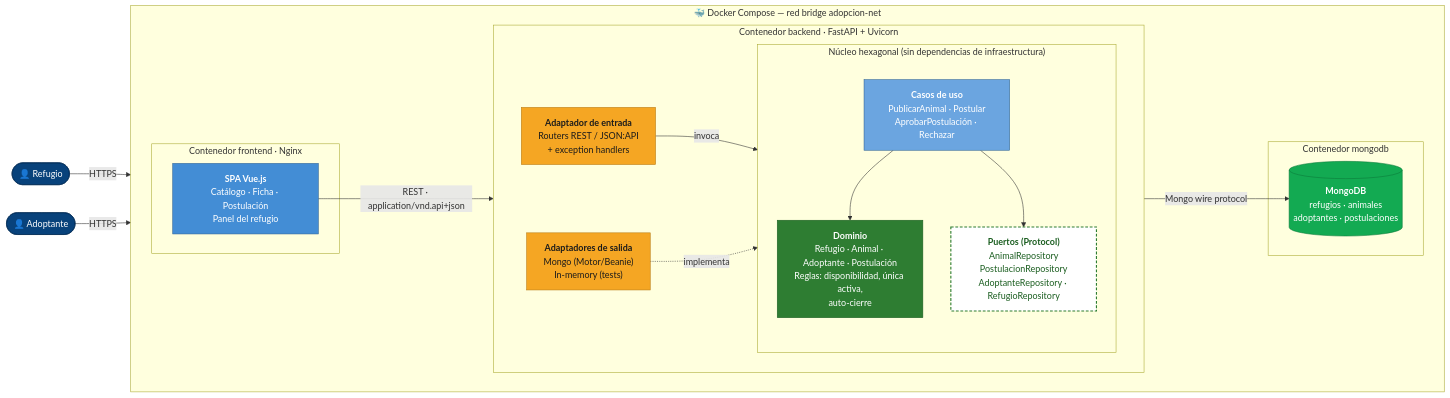
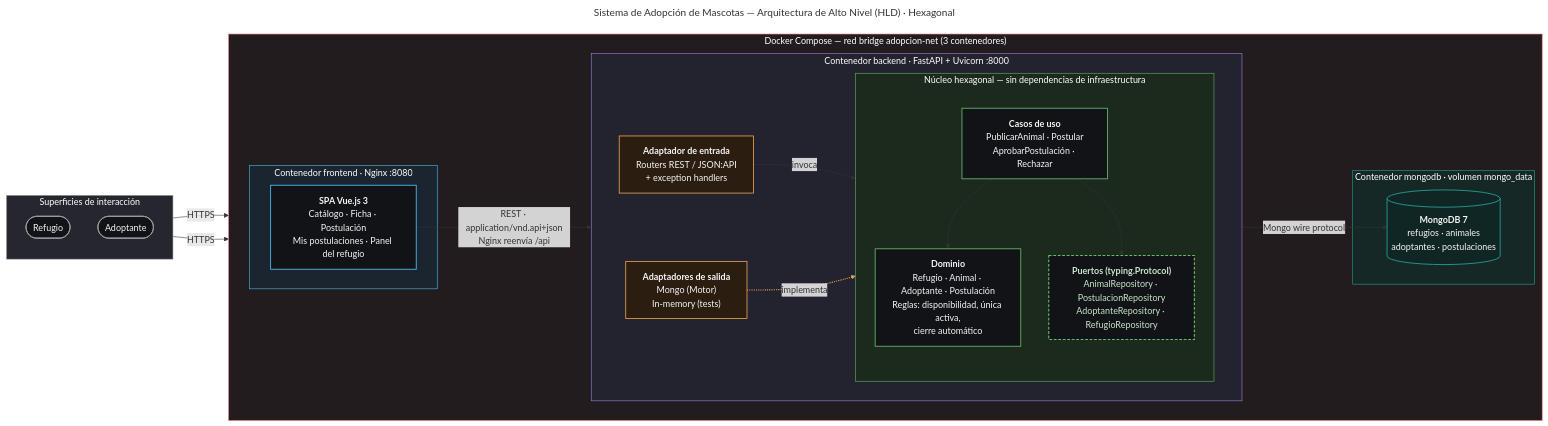
Before and after one commit to tomoxpy16/Taller-Stack-Tecnologico: the diagram in docs/diagramas/fuente/01-hld.mmd, drawn with Mermaid. The commit also changed 6 other files, not shown here.

Commit message:
docs: diagramas HLD y de componentes con el estilo visual del proyecto

```diff
--- a/docs/diagramas/fuente/01-hld.mmd
+++ b/docs/diagramas/fuente/01-hld.mmd
@@ -1,44 +1,56 @@
+---
+title: Sistema de Adopción de Mascotas — Arquitectura de Alto Nivel (HLD) · Hexagonal
+---
 flowchart LR
-  classDef person fill:#08427B,stroke:#052E56,color:#fff
-  classDef fe fill:#438DD5,stroke:#2E6295,color:#fff
-  classDef adapterIn fill:#F5A623,stroke:#B87A12,color:#1b1b1b
-  classDef app fill:#6BA5E0,stroke:#2E6295,color:#fff
-  classDef dom fill:#2E7D32,stroke:#1B5E20,color:#fff
-  classDef port fill:#ffffff,stroke:#2E7D32,color:#1B5E20,stroke-width:2px,stroke-dasharray:5 3
-  classDef adapterOut fill:#F5A623,stroke:#B87A12,color:#1b1b1b
-  classDef db fill:#13AA52,stroke:#0B7A3A,color:#fff
+  classDef actor fill:#111317,stroke:#9aa0a6,color:#f5f5f5,stroke-width:1.5px
+  classDef fe fill:#111317,stroke:#4fc3f7,color:#f5f5f5,stroke-width:1.5px
+  classDef adapter fill:#2b1d10,stroke:#e0a050,color:#f5f5f5,stroke-width:1.5px
+  classDef core fill:#111317,stroke:#66bb6a,color:#f5f5f5,stroke-width:1.5px
+  classDef port fill:#111317,stroke:#66bb6a,color:#c8e6c9,stroke-width:2px,stroke-dasharray:5 3
+  classDef db fill:#0f2624,stroke:#26a69a,color:#f5f5f5,stroke-width:1.5px
 
-  R(["👤 Refugio"]):::person
-  A(["👤 Adoptante"]):::person
+  subgraph USR["Superficies de interacción"]
+    direction TB
+    R(["Refugio"]):::actor
+    A(["Adoptante"]):::actor
+  end
 
-  subgraph DOCKER["🐳 Docker Compose — red bridge adopcion-net"]
+  subgraph DOCKER["Docker Compose — red bridge adopcion-net (3 contenedores)"]
     direction LR
-    subgraph FE["Contenedor frontend · Nginx"]
-      SPA["<b>SPA Vue.js</b><br/>Catálogo · Ficha · Postulación<br/>Panel del refugio"]:::fe
+    subgraph FE["Contenedor frontend · Nginx :8080"]
+      SPA["<b>SPA Vue.js 3</b><br/>Catálogo · Ficha · Postulación<br/>Mis postulaciones · Panel del refugio"]:::fe
     end
 
-    subgraph BE["Contenedor backend · FastAPI + Uvicorn"]
+    subgraph BE["Contenedor backend · FastAPI + Uvicorn :8000"]
       direction LR
-      IN["<b>Adaptador de entrada</b><br/>Routers REST / JSON:API<br/>+ exception handlers"]:::adapterIn
-      subgraph HEX["Núcleo hexagonal (sin dependencias de infraestructura)"]
+      IN["<b>Adaptador de entrada</b><br/>Routers REST / JSON:API<br/>+ exception handlers"]:::adapter
+      subgraph HEX["Núcleo hexagonal — sin dependencias de infraestructura"]
         direction TB
-        UC["<b>Casos de uso</b><br/>PublicarAnimal · Postular<br/>AprobarPostulación · Rechazar"]:::app
-        DOM["<b>Dominio</b><br/>Refugio · Animal · Adoptante · Postulación<br/>Reglas: disponibilidad, única activa,<br/>auto-cierre"]:::dom
-        P["<b>Puertos (Protocol)</b><br/>AnimalRepository<br/>PostulacionRepository<br/>AdoptanteRepository · RefugioRepository"]:::port
+        UC["<b>Casos de uso</b><br/>PublicarAnimal · Postular<br/>AprobarPostulación · Rechazar"]:::core
+        DOM["<b>Dominio</b><br/>Refugio · Animal · Adoptante · Postulación<br/>Reglas: disponibilidad, única activa,<br/>cierre automático"]:::core
+        P["<b>Puertos (typing.Protocol)</b><br/>AnimalRepository · PostulacionRepository<br/>AdoptanteRepository · RefugioRepository"]:::port
         UC --> DOM
         UC --> P
       end
-      OUT["<b>Adaptadores de salida</b><br/>Mongo (Motor/Beanie)<br/>In-memory (tests)"]:::adapterOut
+      OUT["<b>Adaptadores de salida</b><br/>Mongo (Motor)<br/>In-memory (tests)"]:::adapter
       IN -->|"invoca"| UC
       OUT -.->|"implementa"| P
     end
 
-    subgraph DB["Contenedor mongodb"]
-      M[("<b>MongoDB</b><br/>refugios · animales<br/>adoptantes · postulaciones")]:::db
+    subgraph DB["Contenedor mongodb · volumen mongo_data"]
+      M[("<b>MongoDB 7</b><br/>refugios · animales<br/>adoptantes · postulaciones")]:::db
     end
   end
 
   R -->|"HTTPS"| SPA
   A -->|"HTTPS"| SPA
-  SPA -->|"REST · application/vnd.api+json"| IN
+  SPA -->|"REST · application/vnd.api+json<br/>Nginx reenvía /api"| IN
   OUT -->|"Mongo wire protocol"| M
+
+  style USR fill:#26272e,stroke:#9aa0a6,color:#ffffff
+  style DOCKER fill:#221c1f,stroke:#e57373,color:#ffffff
+  style FE fill:#1a2530,stroke:#4fc3f7,color:#ffffff
+  style BE fill:#23222f,stroke:#9f8ce0,color:#ffffff
+  style HEX fill:#1b2a1d,stroke:#66bb6a,color:#ffffff
+  style DB fill:#162826,stroke:#26a69a,color:#ffffff
+  linkStyle 3 stroke:#e0a050,stroke-width:2px
```
